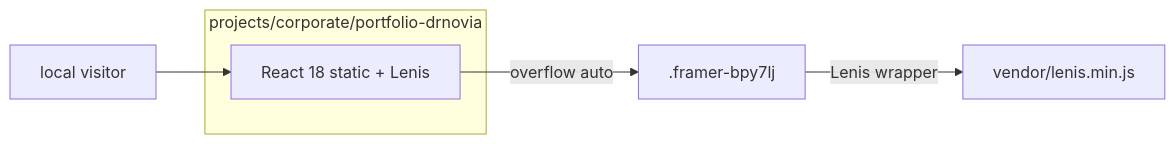
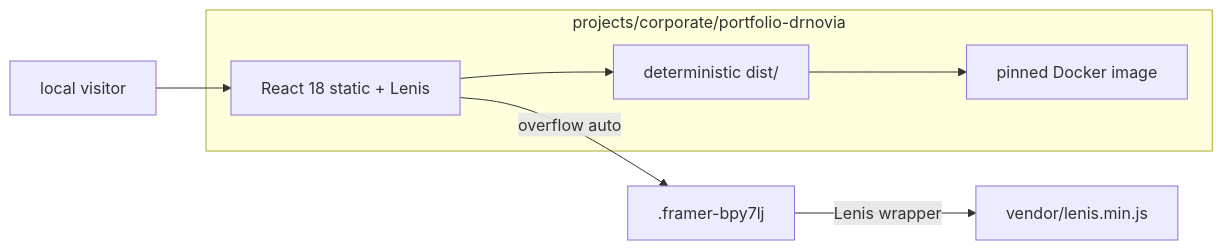
Before and after one commit to drferdi/Monorepo-safrs: the diagram in projects/corporate/portfolio-drnovia/AGENTS.md, drawn with Mermaid. The commit also changed other lines of this file and 14 other files, not shown here.

````diff
--- a/projects/corporate/portfolio-drnovia/AGENTS.md
+++ b/projects/corporate/portfolio-drnovia/AGENTS.md
@@ -66,9 +64,12 @@
 ```mermaid
 flowchart LR
   subgraph Capsule["projects/corporate/portfolio-drnovia"]
     Site["React 18 static + Lenis"]
+    Build["deterministic dist/"]
+    Container["pinned Docker image"]
   end
   Visitor["local visitor"] --> Site
+  Site --> Build --> Container
   Site -->|"overflow auto"| Scroller[".framer-bpy7lj"]
   Scroller -->|"Lenis wrapper"| Lenis["vendor/lenis.min.js"]
 ```
````
